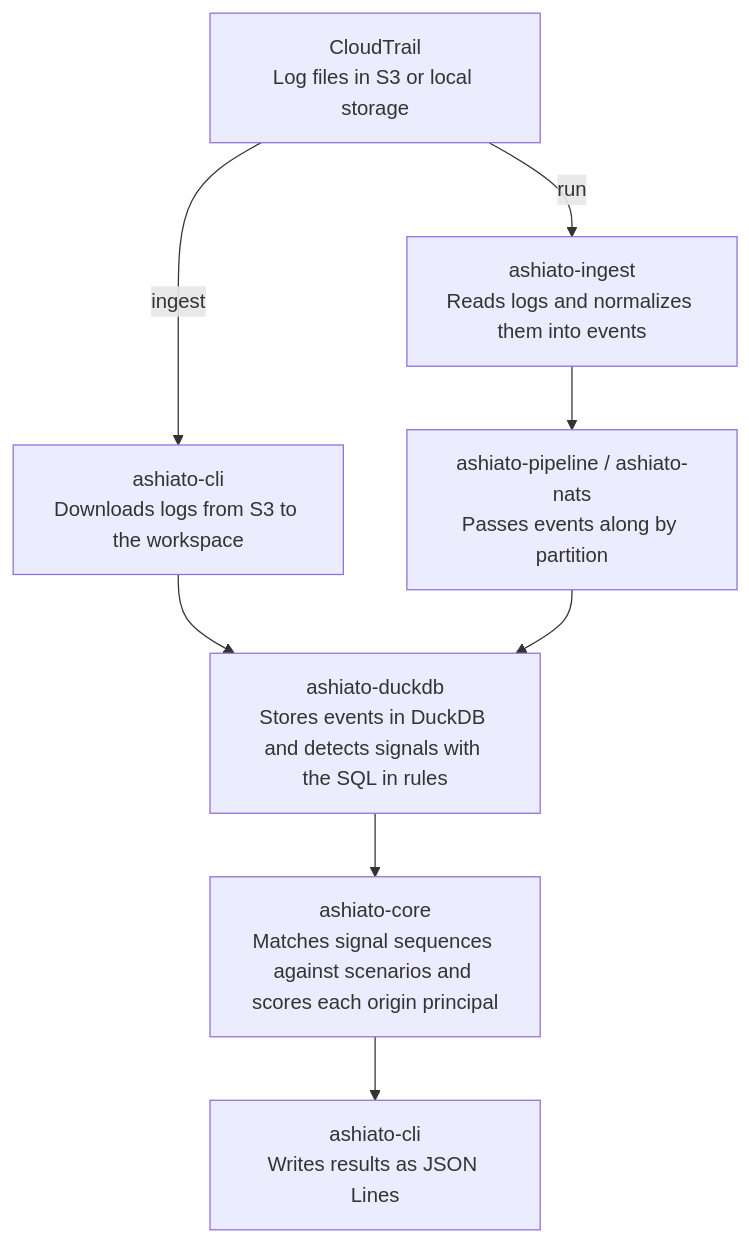
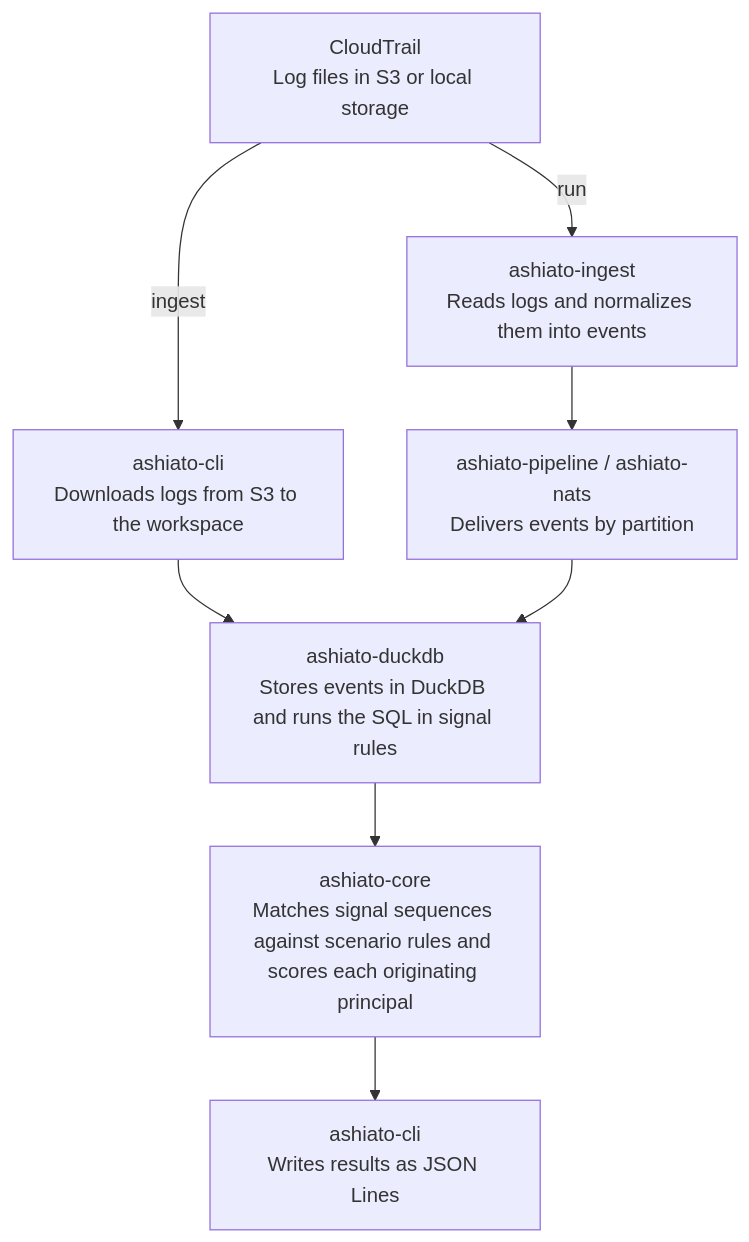
One commit to donkomura/ashiato changed the diagram in README.md. Above: the diagram before and after it, drawn with Mermaid. The commit also changed other lines of this file, not shown here.

````diff
--- a/README.md
+++ b/README.md
@@ -55,14 +57,14 @@
 ```mermaid
 flowchart TD
     cloudtrail["CloudTrail<br/>Log files in S3 or local storage"]
     cli_ingest["ashiato-cli<br/>Downloads logs from S3 to the workspace"]
     ingest["ashiato-ingest<br/>Reads logs and normalizes them into events"]
-    transport["ashiato-pipeline / ashiato-nats<br/>Passes events along by partition"]
-    duckdb["ashiato-duckdb<br/>Stores events in DuckDB and detects signals with the SQL in rules"]
-    core["ashiato-core<br/>Matches signal sequences against scenarios and scores each origin principal"]
+    transport["ashiato-pipeline / ashiato-nats<br/>Delivers events by partition"]
+    duckdb["ashiato-duckdb<br/>Stores events in DuckDB and runs the SQL in signal rules"]
+    core["ashiato-core<br/>Matches signal sequences against scenario rules and scores each originating principal"]
     output["ashiato-cli<br/>Writes results as JSON Lines"]
 
     cloudtrail -->|ingest| cli_ingest --> duckdb
     cloudtrail -->|run| ingest --> transport --> duckdb
     duckdb --> core --> output
 ```
````
